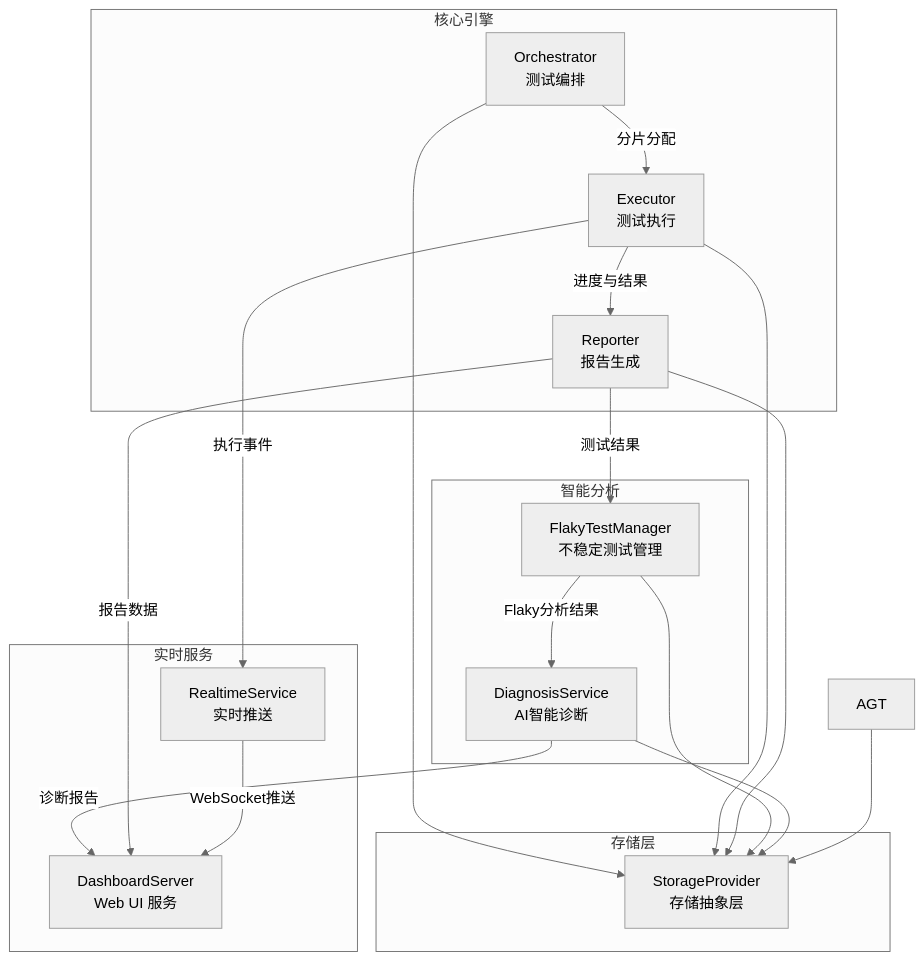
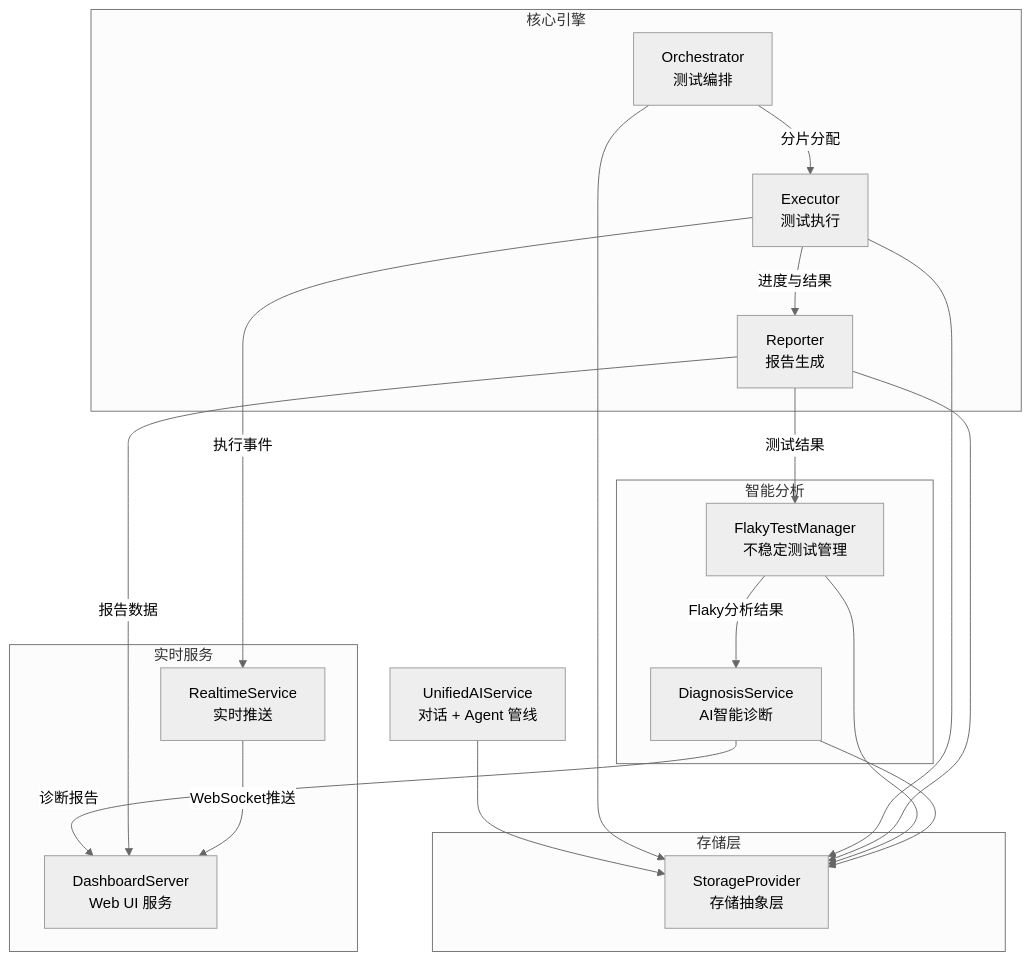
Before and after one commit to yuandiv/yuantest-playwright: the first of 4 diagrams in documentation/architecture.zh.md, drawn with Mermaid (neutral theme). The commit also changed other lines of this file and 103 other files, not shown here.

````diff
--- a/documentation/architecture.zh.md
+++ b/documentation/architecture.zh.md
@@ -9,37 +9,37 @@
 ```mermaid
 graph TB
     subgraph 核心引擎
         ORC[Orchestrator<br/>测试编排]
         EXE[Executor<br/>测试执行]
         RPT[Reporter<br/>报告生成]
     end
 
     subgraph 智能分析
         FTM[FlakyTestManager<br/>不稳定测试管理]
         DIA[DiagnosisService<br/>AI智能诊断]
     end
 
     subgraph 实时服务
         RTS[RealtimeService<br/>实时推送]
         DSB[DashboardServer<br/>Web UI 服务]
     end
 
     subgraph 存储层
         STO[StorageProvider<br/>存储抽象层]
     end
 
     ORC -->|分片分配| EXE
     EXE -->|进度与结果| RPT
     RPT -->|测试结果| FTM
     FTM -->|Flaky分析结果| DIA
     DIA -->|诊断报告| DSB
     RPT -->|报告数据| DSB
     EXE -->|执行事件| RTS
     RTS -->|WebSocket推送| DSB
+    UAI[UnifiedAIService<br/>对话 + Agent 管线] --> STO
     ORC --> STO
     EXE --> STO
     RPT --> STO
     FTM --> STO
     DIA --> STO
-    AGT --> STO
 ```
````
